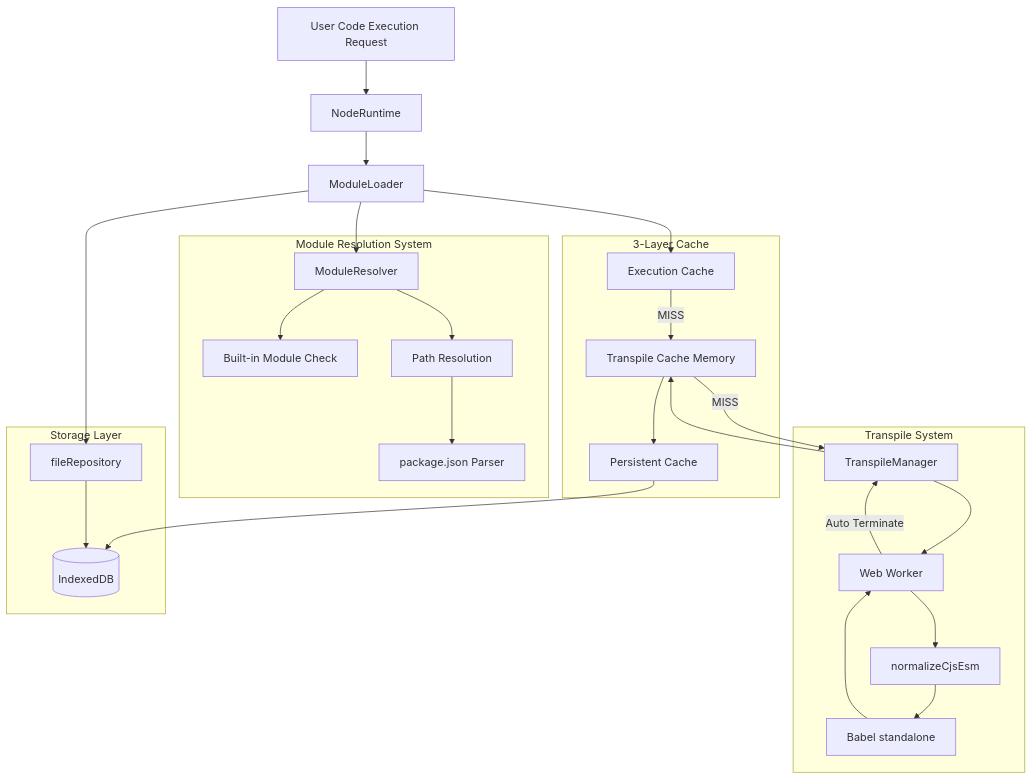
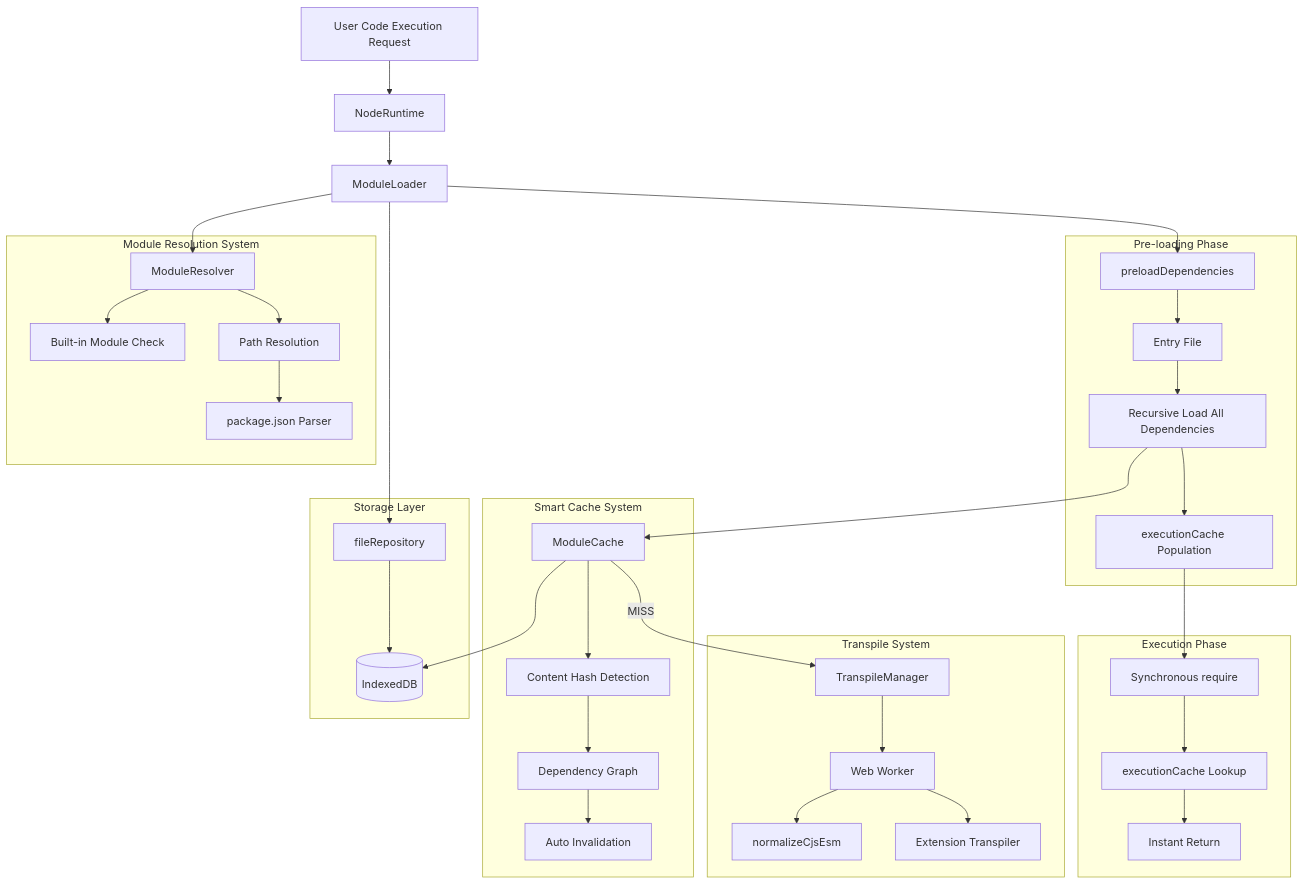
Before and after one commit to Stasshe/Pyxis-CodeCanvas: the first of 16 diagrams in docs/NODE-RUNTIME.md, drawn with Mermaid. The commit also changed other lines of this file, not shown here.

````diff
--- a/docs/NODE-RUNTIME.md
+++ b/docs/NODE-RUNTIME.md
@@ -29,56 +30,75 @@
 ```mermaid
 graph TB
     User[User Code Execution Request]
     Runtime[NodeRuntime]
     Loader[ModuleLoader]
+    
+    subgraph PreloadPhase[Pre-loading Phase]
+        Entry[Entry File]
+        PreloadDeps[preloadDependencies]
+        RecursiveLoad[Recursive Load All Dependencies]
+        ExecCache[executionCache Population]
+    end
+    
+    subgraph ExecutionPhase[Execution Phase]
+        SyncRequire[Synchronous require]
+        CacheLookup[executionCache Lookup]
+        InstantReturn[Instant Return]
+    end
     
     subgraph Resolution[Module Resolution System]
         Resolver[ModuleResolver]
         BuiltinCheck[Built-in Module Check]
         PathResolve[Path Resolution]
         PackageJSON[package.json Parser]
     end
     
     subgraph TranspileSystem[Transpile System]
         Manager[TranspileManager]
         Worker[Web Worker]
-        Babel[Babel standalone]
         Normalize[normalizeCjsEsm]
+        Extension[Extension Transpiler]
     end
     
-    subgraph CacheSystem[3-Layer Cache]
-        ExecCache[Execution Cache]
-        TranspileCache[Transpile Cache Memory]
-        DiskCache[Persistent Cache]
+    subgraph CacheSystem[Smart Cache System]
+        ModuleCache[ModuleCache]
+        ContentHash[Content Hash Detection]
+        DepGraph[Dependency Graph]
+        AutoInvalidate[Auto Invalidation]
     end
     
     subgraph Storage[Storage Layer]
         FileRepo[fileRepository]
         IDB[(IndexedDB)]
     end
     
     User --> Runtime
     Runtime --> Loader
+    Loader --> PreloadDeps
+    PreloadDeps --> Entry
+    Entry --> RecursiveLoad
+    RecursiveLoad --> ExecCache
+    
+    ExecCache --> SyncRequire
+    SyncRequire --> CacheLookup
+    CacheLookup --> InstantReturn
+    
     Loader --> Resolver
-    
     Resolver --> BuiltinCheck
     Resolver --> PathResolve
     PathResolve --> PackageJSON
     
-    Loader --> ExecCache
-    ExecCache -->|MISS| TranspileCache
-    TranspileCache -->|MISS| Manager
+    RecursiveLoad --> ModuleCache
+    ModuleCache --> ContentHash
+    ContentHash --> DepGraph
+    DepGraph --> AutoInvalidate
     
+    ModuleCache -->|MISS| Manager
     Manager --> Worker
     Worker --> Normalize
-    Normalize --> Babel
-    Babel --> Worker
-    Worker -->|Auto Terminate| Manager
-    
-    Manager --> TranspileCache
-    TranspileCache --> DiskCache
-    DiskCache --> IDB
+    Worker --> Extension
     
     Loader --> FileRepo
     FileRepo --> IDB
+    ModuleCache --> IDB
 ```
````
